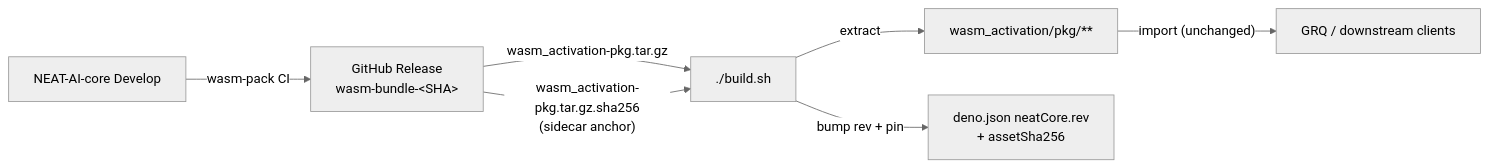
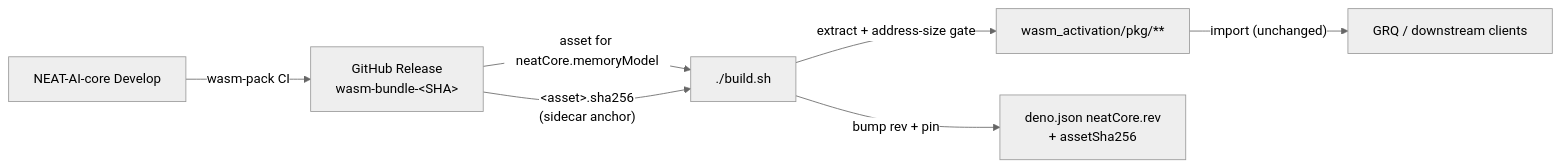
One commit to stSoftwareAU/NEAT-AI changed the first of 2 diagrams in docs/CORE_DEPENDENCY_POLICY.md. Above: the diagram before and after it, drawn with Mermaid (neutral theme). The commit also changed other lines of this file and 5 other files, not shown here.

First line of the commit message:
Document the wasm64 pin and the two memory ceilings (Issue #3743)

````diff
--- a/docs/CORE_DEPENDENCY_POLICY.md
+++ b/docs/CORE_DEPENDENCY_POLICY.md
@@ -30,9 +49,9 @@
 ```mermaid
 flowchart LR
   CORE["NEAT-AI-core Develop"] -- "wasm-pack CI" --> REL["GitHub Release<br/>wasm-bundle-&lt;SHA&gt;"]
-  REL -- "wasm_activation-pkg.tar.gz" --> BUILD["./build.sh"]
-  REL -- "wasm_activation-pkg.tar.gz.sha256<br/>(sidecar anchor)" --> BUILD
-  BUILD -- "extract" --> PKG["wasm_activation/pkg/**"]
+  REL -- "asset for neatCore.memoryModel" --> BUILD["./build.sh"]
+  REL -- "&lt;asset&gt;.sha256<br/>(sidecar anchor)" --> BUILD
+  BUILD -- "extract + address-size gate" --> PKG["wasm_activation/pkg/**"]
   BUILD -- "bump rev + pin" --> DENO["deno.json neatCore.rev<br/>+ assetSha256"]
   PKG -- "import (unchanged)" --> GRQ["GRQ / downstream clients"]
 ```
````
